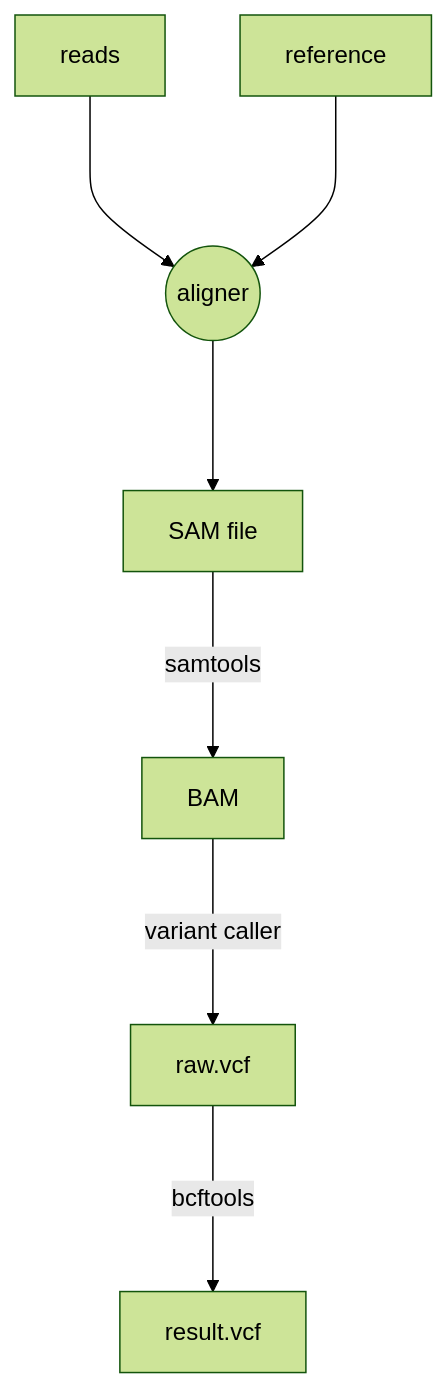
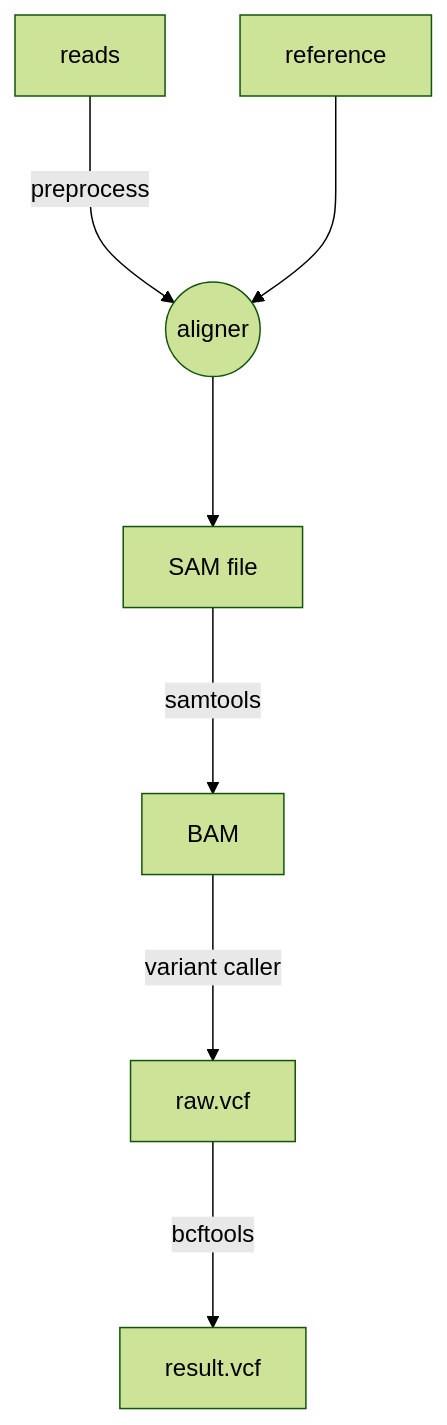
Before and after one commit to OscarAspelin95/bioinformatics_with_rust: the diagram in src/main/variant_calling/workflow_overview.md, drawn with Mermaid (forest theme). The commit also changed other lines of this file and 137 other files, not shown here.

Commit message:
Add a simple graph datastructure for assembly. Smaller updates to variant calling.

````diff
--- a/src/main/variant_calling/workflow_overview.md
+++ b/src/main/variant_calling/workflow_overview.md
@@ -4,18 +4,18 @@
 ```mermaid
 graph TD
 
 A["reads"]
 B["reference"]
 
-A ---> Junction(( aligner ))
+A -- "preprocess" ---> Junction(( aligner ))
 B ---> Junction
 
 
 Junction ---> C["SAM file"]
 
 C -- "samtools" ---> D["BAM"]
 
 D -- "variant caller" ---> E["raw.vcf"]
 
 E -- "bcftools" ---> F["result.vcf"]
 ```
````
